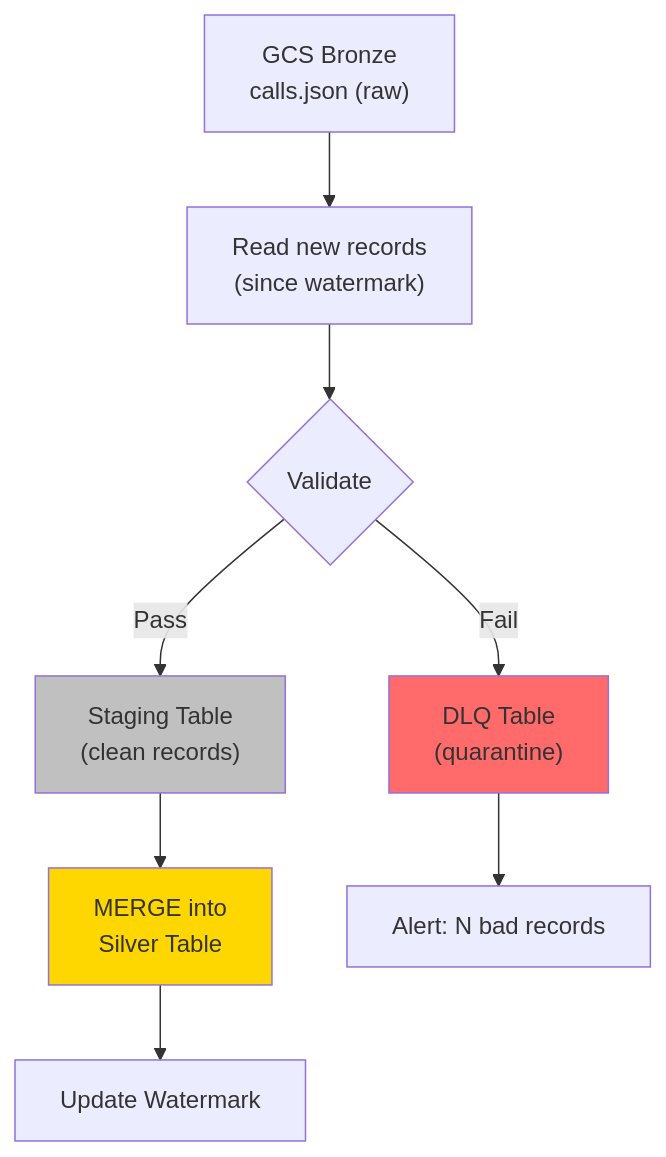
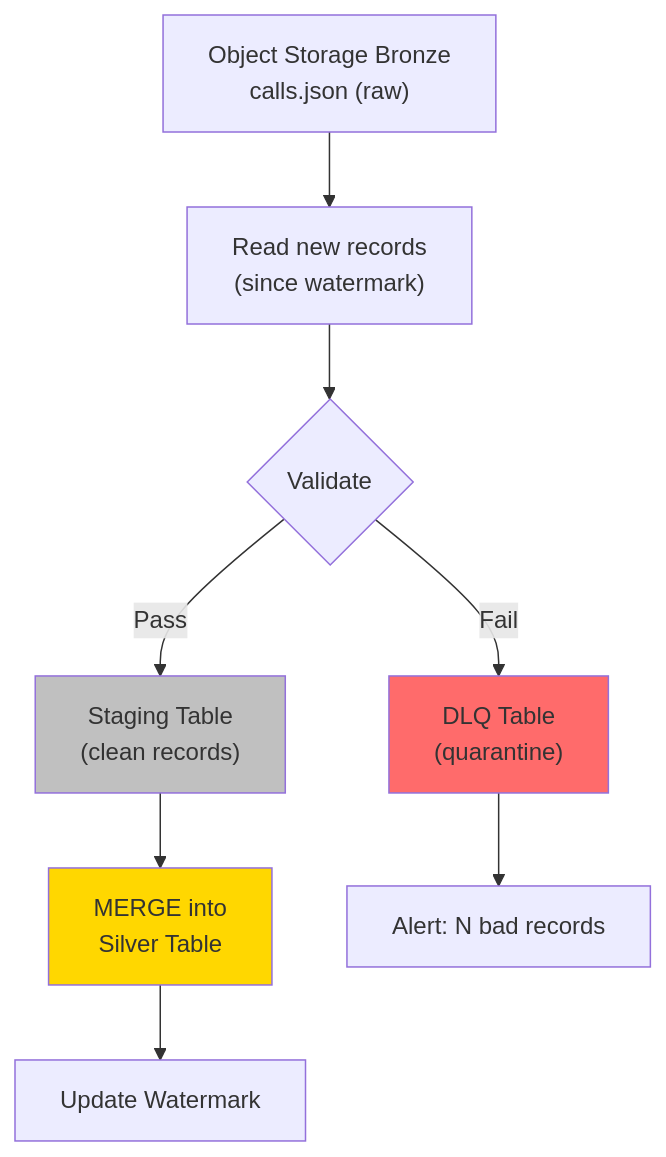
Before and after one commit to sunilmogadati/systems-in-production: the first of 2 diagrams in playbooks/data/etl-patterns/05_Building_It.md, drawn with Mermaid. The commit also changed other lines of this file and 10 other files, not shown here.

````diff
--- a/playbooks/data/etl-patterns/05_Building_It.md
+++ b/playbooks/data/etl-patterns/05_Building_It.md
@@ -17,14 +17,14 @@
 ```mermaid
 graph TD
-    A["GCS Bronze<br/>calls.json (raw)"] --> B["Read new records<br/>(since watermark)"]
+    A["Object Storage Bronze<br/>calls.json (raw)"] --> B["Read new records<br/>(since watermark)"]
     B --> C{"Validate"}
     C -->|"Pass"| D["Staging Table<br/>(clean records)"]
     C -->|"Fail"| E["DLQ Table<br/>(quarantine)"]
     D --> F["MERGE into<br/>Silver Table"]
     F --> G["Update Watermark"]
     E --> H["Alert: N bad records"]
     
     style D fill:#c0c0c0
     style E fill:#ff6b6b
     style F fill:#ffd700
 ```
````
